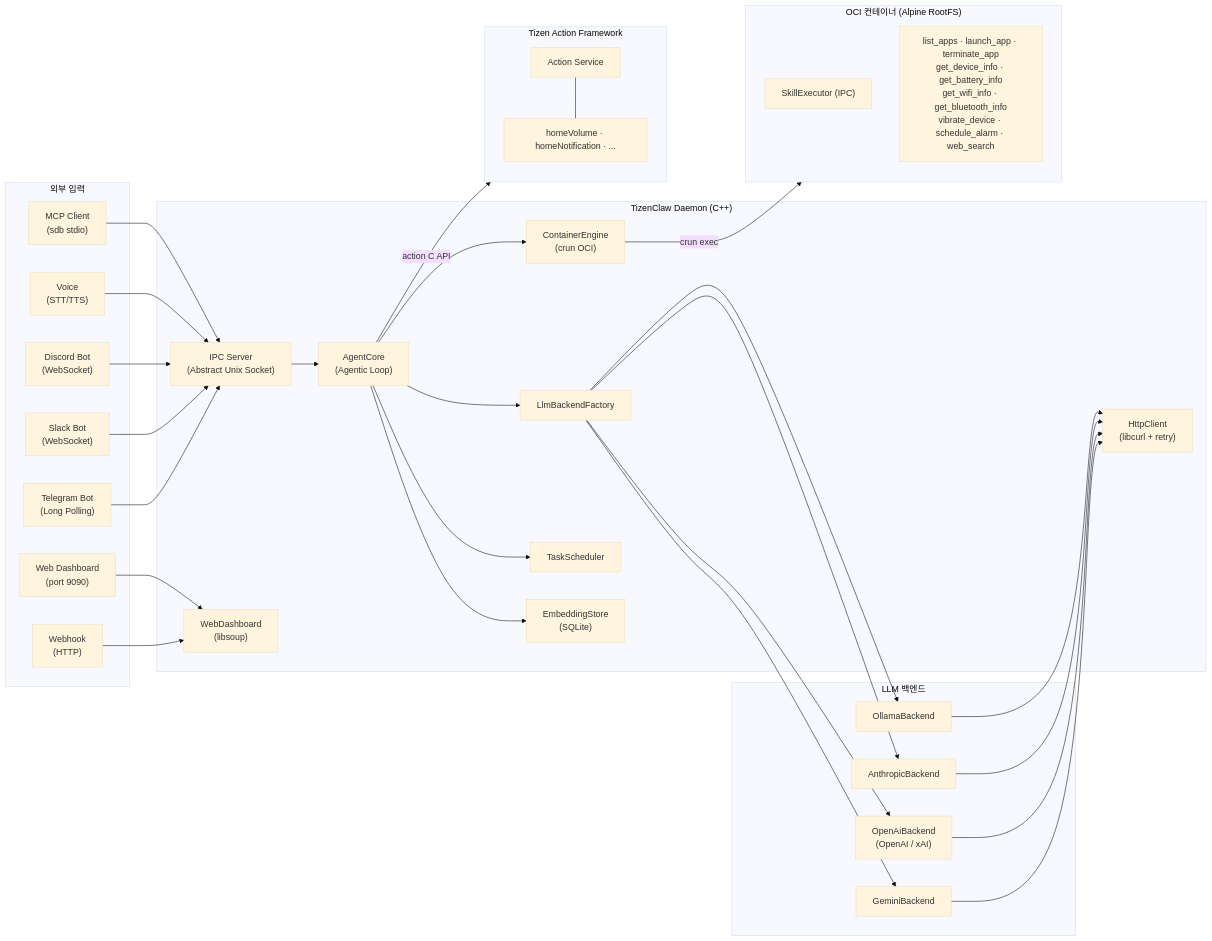
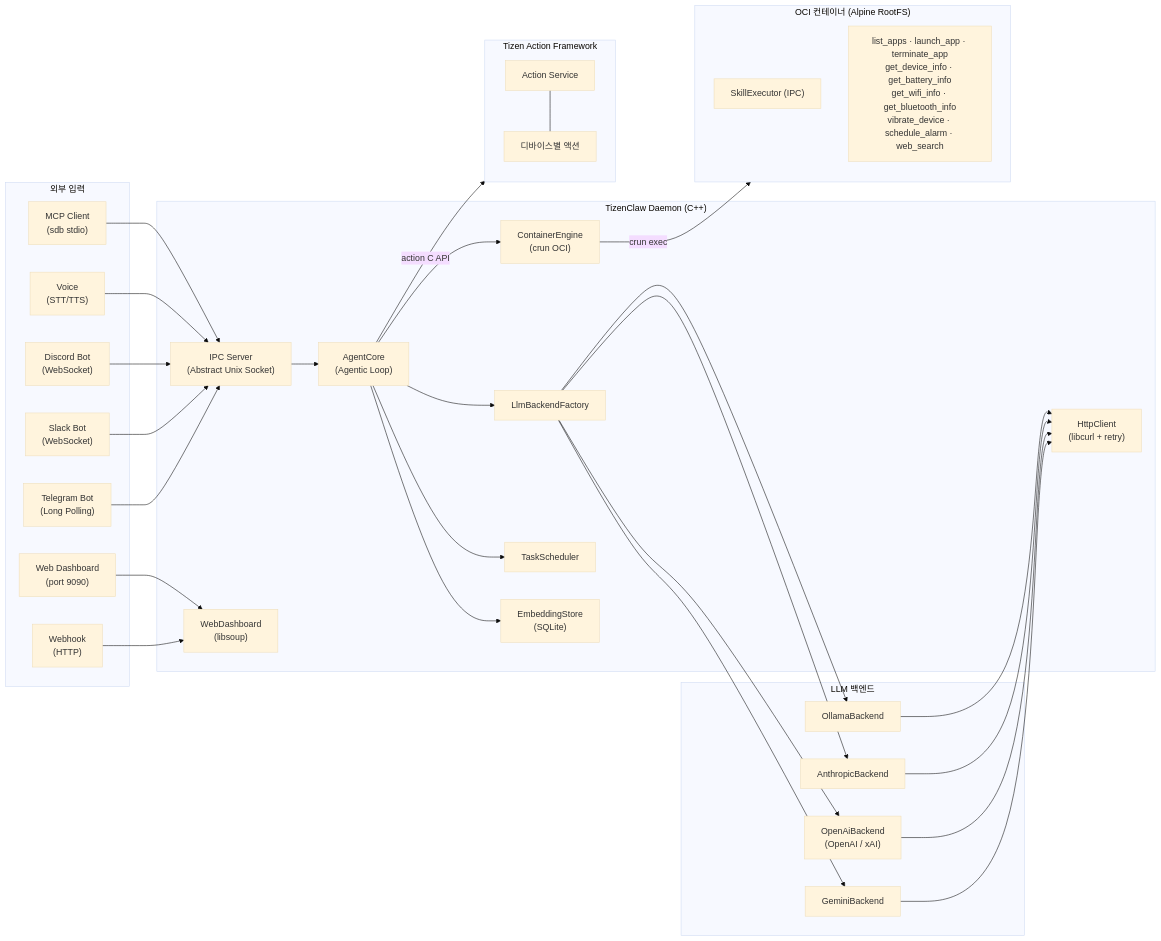
The diagram in docs/ANALYSIS_KOR.md (ashuksingh11/tizenclaw), drawn with Mermaid (base theme) before and after one commit. The commit also changed 6 other files, not shown here.

````diff
--- a/docs/ANALYSIS_KOR.md
+++ b/docs/ANALYSIS_KOR.md
@@ -13,55 +13,55 @@
 ```mermaid
 graph LR
     subgraph 외부["외부 입력"]
         Telegram["Telegram Bot<br/>(Long Polling)"]
         Slack["Slack Bot<br/>(WebSocket)"]
         Discord["Discord Bot<br/>(WebSocket)"]
         MCP["MCP Client<br/>(sdb stdio)"]
         Webhook["Webhook<br/>(HTTP)"]
         Voice["Voice<br/>(STT/TTS)"]
         WebUI["Web Dashboard<br/>(port 9090)"]
     end
 
     subgraph Daemon["TizenClaw Daemon (C++)"]
         IPC["IPC Server<br/>(Abstract Unix Socket)"]
         Agent["AgentCore<br/>(Agentic Loop)"]
         Factory["LlmBackendFactory"]
         Http["HttpClient<br/>(libcurl + retry)"]
         Container["ContainerEngine<br/>(crun OCI)"]
         Scheduler["TaskScheduler"]
         RAG["EmbeddingStore<br/>(SQLite)"]
         Dashboard["WebDashboard<br/>(libsoup)"]
     end
 
     subgraph Backends["LLM 백엔드"]
         Gemini["GeminiBackend"]
         OpenAI["OpenAiBackend<br/>(OpenAI / xAI)"]
         Claude["AnthropicBackend"]
         Ollama["OllamaBackend"]
     end
 
     subgraph Skills["OCI 컨테이너 (Alpine RootFS)"]
         SkillExec["SkillExecutor (IPC)"]
         SkillList["list_apps · launch_app · terminate_app<br/>get_device_info · get_battery_info<br/>get_wifi_info · get_bluetooth_info<br/>vibrate_device · schedule_alarm · web_search"]
     end
 
     Telegram & Slack & Discord & Voice --> IPC
     MCP --> IPC
     Webhook & WebUI --> Dashboard
     IPC --> Agent
     Agent --> Factory
     Factory --> Gemini & OpenAI & Claude & Ollama
     Gemini & OpenAI & Claude & Ollama --> Http
     Agent --> Container
     Agent --> Scheduler
     Agent --> RAG
     Container -->|"crun exec"| Skills
 
     subgraph ActionFW["Tizen Action Framework"]
         ActionSvc["Action Service"]
-        ActionList["homeVolume · homeNotification · ..."]
+        ActionList["디바이스별 액션"]
         ActionSvc --- ActionList
     end
 
     Agent -->|"action C API"| ActionFW
 ```
````
